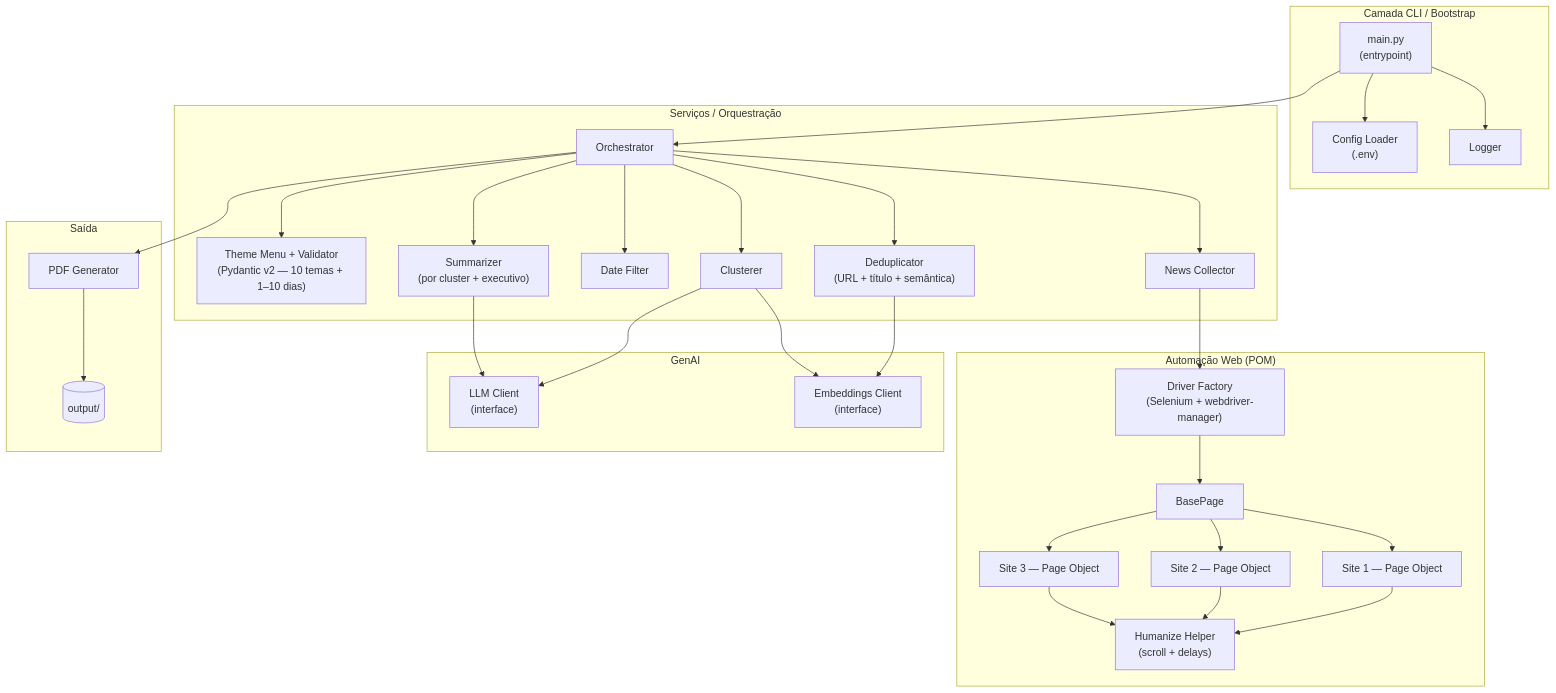
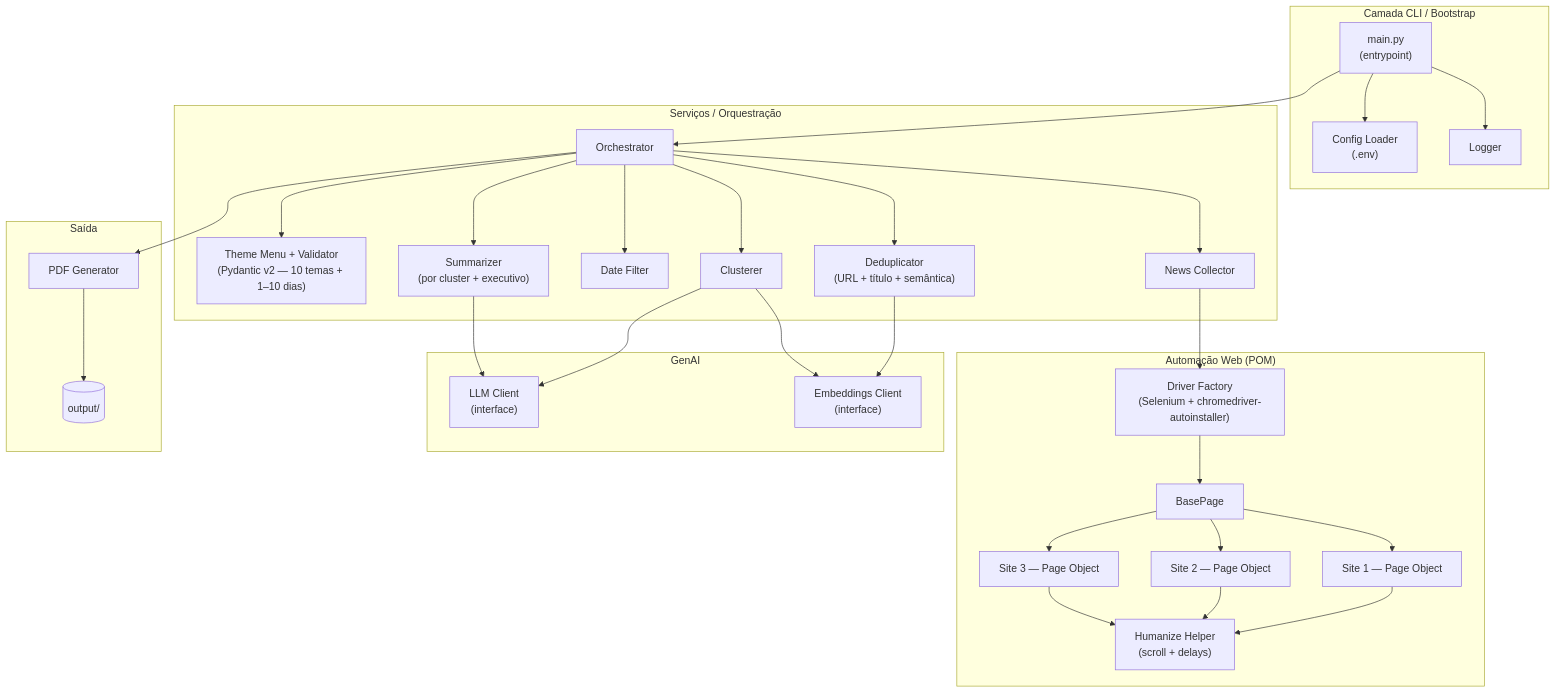
Before and after one commit to lleooNS/RPA_SMART_NEWS: the first of 2 diagrams in docs/arquitetura.md, drawn with Mermaid. The commit also changed other lines of this file and 24 other files, not shown here.

````diff
--- a/docs/arquitetura.md
+++ b/docs/arquitetura.md
@@ -25,65 +25,65 @@
 ```mermaid
 flowchart TB
     subgraph CLI["Camada CLI / Bootstrap"]
         MAIN["main.py<br/>(entrypoint)"]
         CFG["Config Loader<br/>(.env)"]
         LOG["Logger"]
     end
 
     subgraph SVC["Serviços / Orquestração"]
         ORCH["Orchestrator"]
         MENU["Theme Menu + Validator<br/>(Pydantic v2 — 10 temas + 1–10 dias)"]
         COLL["News Collector"]
         FILT["Date Filter"]
         DEDUP["Deduplicator<br/>(URL + título + semântica)"]
         CLUS["Clusterer"]
         SUMM["Summarizer<br/>(por cluster + executivo)"]
     end
 
     subgraph WEB["Automação Web (POM)"]
-        DRV["Driver Factory<br/>(Selenium + webdriver-manager)"]
+        DRV["Driver Factory<br/>(Selenium + chromedriver-autoinstaller)"]
         BP["BasePage"]
         S1["Site 1 — Page Object"]
         S2["Site 2 — Page Object"]
         S3["Site 3 — Page Object"]
         HUM["Humanize Helper<br/>(scroll + delays)"]
     end
 
     subgraph AI["GenAI"]
         LLM["LLM Client<br/>(interface)"]
         EMB["Embeddings Client<br/>(interface)"]
     end
 
     subgraph OUT["Saída"]
         PDF["PDF Generator"]
         FS[("output/")]
     end
 
     MAIN --> CFG
     MAIN --> LOG
     MAIN --> ORCH
 
     ORCH --> MENU
     ORCH --> COLL
     ORCH --> FILT
     ORCH --> DEDUP
     ORCH --> CLUS
     ORCH --> SUMM
     ORCH --> PDF
 
     COLL --> DRV
     DRV --> BP
     BP --> S1
     BP --> S2
     BP --> S3
     S1 --> HUM
     S2 --> HUM
     S3 --> HUM
 
     DEDUP --> EMB
     CLUS --> EMB
     CLUS --> LLM
     SUMM --> LLM
 
     PDF --> FS
 ```
````
